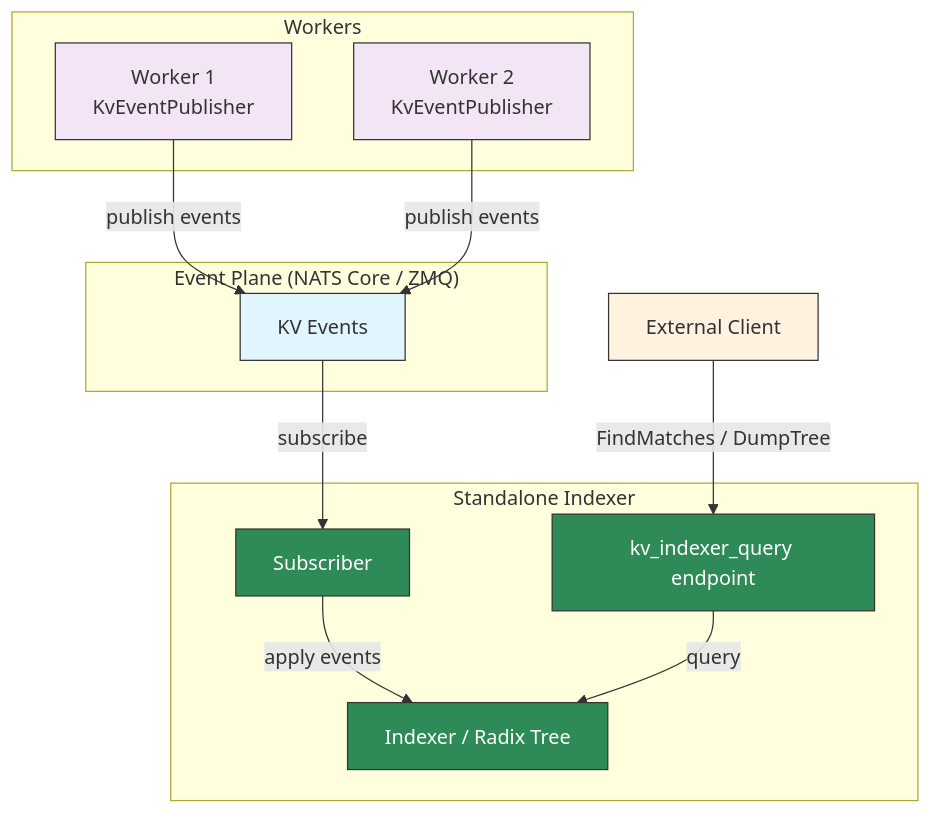
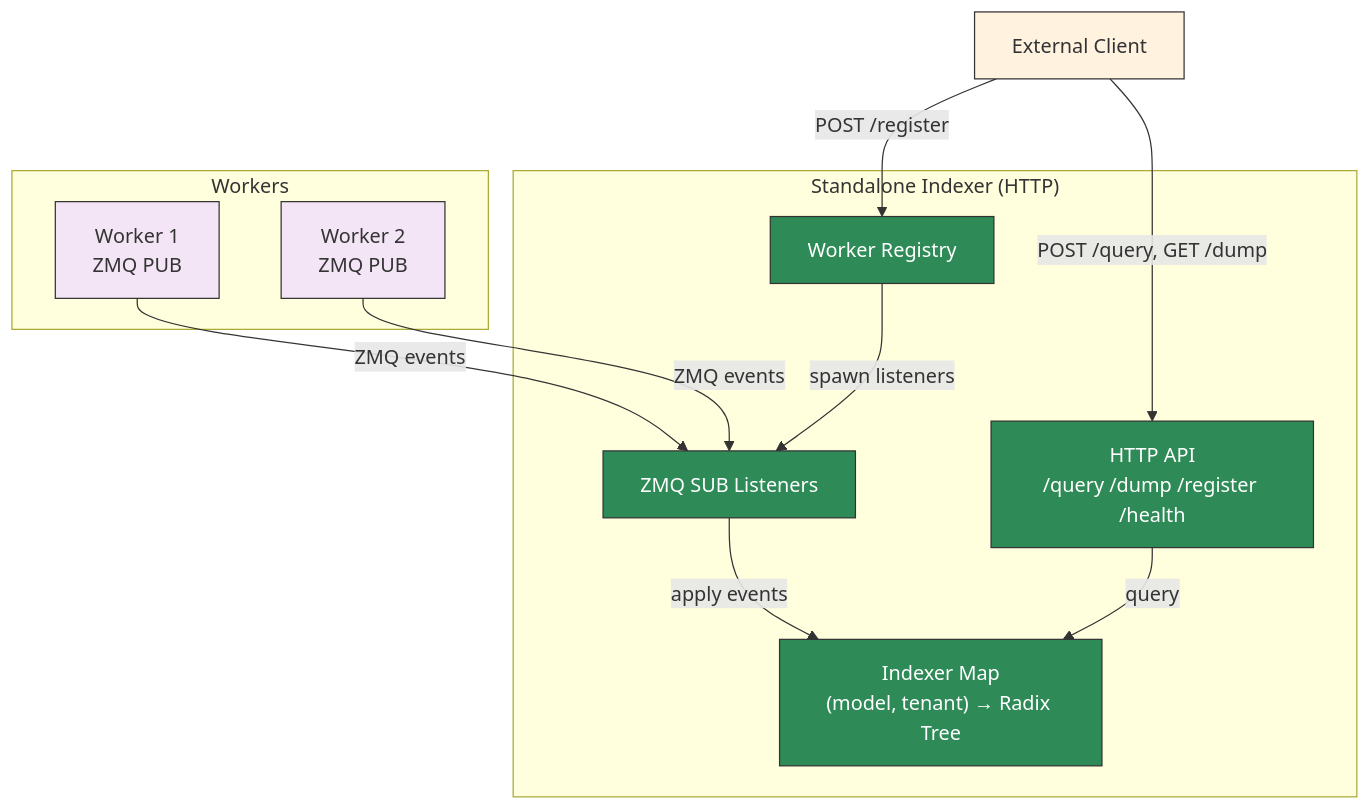
Before and after one commit to doublewordai/dynamo: the first of 2 diagrams in fern/pages-dev/components/router/standalone-indexer.md, drawn with Mermaid. The commit also changed other lines of this file and 131 other files, not shown here.

````diff
--- a/fern/pages-dev/components/router/standalone-indexer.md
+++ b/fern/pages-dev/components/router/standalone-indexer.md
@@ -81,34 +390,32 @@
 ```mermaid
 graph TD
     subgraph Workers
-        W1[Worker 1<br/>KvEventPublisher]
-        W2[Worker 2<br/>KvEventPublisher]
+        W1[Worker 1<br/>ZMQ PUB]
+        W2[Worker 2<br/>ZMQ PUB]
     end
 
-    subgraph "Event Plane (NATS Core / ZMQ)"
-        EP[KV Events]
-    end
-
-    subgraph "Standalone Indexer"
-        SUB[Subscriber]
-        IDX[Indexer / Radix Tree]
-        QE[kv_indexer_query endpoint]
+    subgraph "Standalone Indexer (HTTP)"
+        REG[Worker Registry]
+        ZMQ[ZMQ SUB Listeners]
+        IDX["Indexer Map<br/>(model, tenant) → Radix Tree"]
+        HTTP[HTTP API<br/>/query /dump /register /health]
     end
 
     CLIENT[External Client]
 
-    W1 -->|publish events| EP
-    W2 -->|publish events| EP
-    EP -->|subscribe| SUB
-    SUB -->|apply events| IDX
-    CLIENT -->|FindMatches / DumpTree| QE
-    QE -->|query| IDX
+    W1 -->|ZMQ events| ZMQ
+    W2 -->|ZMQ events| ZMQ
+    CLIENT -->|POST /register| REG
+    REG -->|spawn listeners| ZMQ
+    ZMQ -->|apply events| IDX
+    CLIENT -->|POST /query, GET /dump| HTTP
+    HTTP -->|query| IDX
 
-    style EP fill:#e1f5fe,stroke:#333,color:#333
     style W1 fill:#f3e5f5,stroke:#333,color:#333
     style W2 fill:#f3e5f5,stroke:#333,color:#333
     style IDX fill:#2e8b57,stroke:#333,color:#fff
-    style SUB fill:#2e8b57,stroke:#333,color:#fff
-    style QE fill:#2e8b57,stroke:#333,color:#fff
+    style ZMQ fill:#2e8b57,stroke:#333,color:#fff
+    style REG fill:#2e8b57,stroke:#333,color:#fff
+    style HTTP fill:#2e8b57,stroke:#333,color:#fff
     style CLIENT fill:#fff3e0,stroke:#333,color:#333
 ```
````
